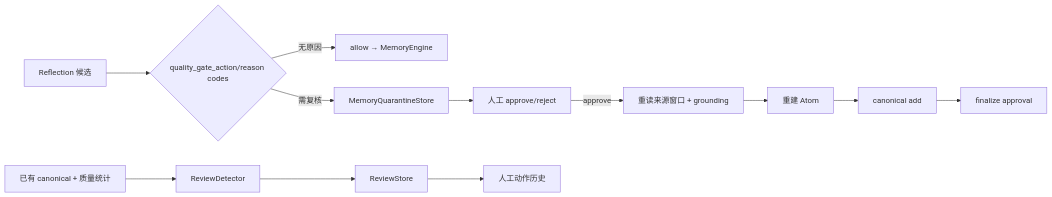
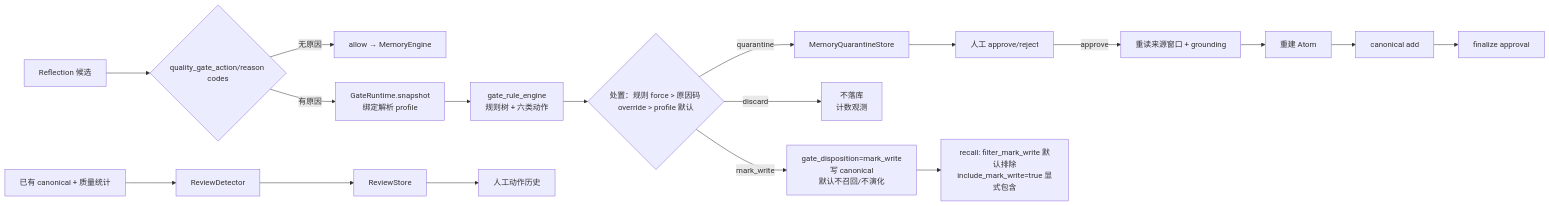
The diagram in core/features/quality/AGENTS.md (INSide-734/astrbot_plugin_memora), drawn with Mermaid before and after one commit. The commit also changed other lines of this file and 11 other files, not shown here.

````diff
--- a/core/features/quality/AGENTS.md
+++ b/core/features/quality/AGENTS.md
@@ -17,14 +18,20 @@
 ```mermaid
 flowchart LR
     A[Reflection 候选] --> B{quality_gate_action/reason codes}
     B -->|无原因| C[allow → MemoryEngine]
-    B -->|需复核| D[MemoryQuarantineStore]
+    B -->|有原因| G[GateRuntime.snapshot\n绑定解析 profile]
+    G --> H[gate_rule_engine\n规则树 + 六类动作]
+    H --> I{处置：规则 force > 原因码 override > profile 默认}
+    I -->|quarantine| D[MemoryQuarantineStore]
+    I -->|discard| Q[不落库\n计数观测]
+    I -->|mark_write| R[gate_disposition=mark_write\n写 canonical\n默认不召回/不演化]
     D --> E[人工 approve/reject]
     E -->|approve| F[重读来源窗口 + grounding]
-    F --> G[重建 Atom]
-    G --> H[canonical add]
-    H --> I[finalize approval]
+    F --> L[重建 Atom]
+    L --> M[canonical add]
+    M --> N[finalize approval]
     J[已有 canonical + 质量统计] --> K[ReviewDetector]
-    K --> L[ReviewStore]
-    L --> M[人工动作历史]
+    K --> O[ReviewStore]
+    O --> P[人工动作历史]
+    R --> S[recall: filter_mark_write 默认排除\ninclude_mark_write=true 显式包含]
 ```
````
